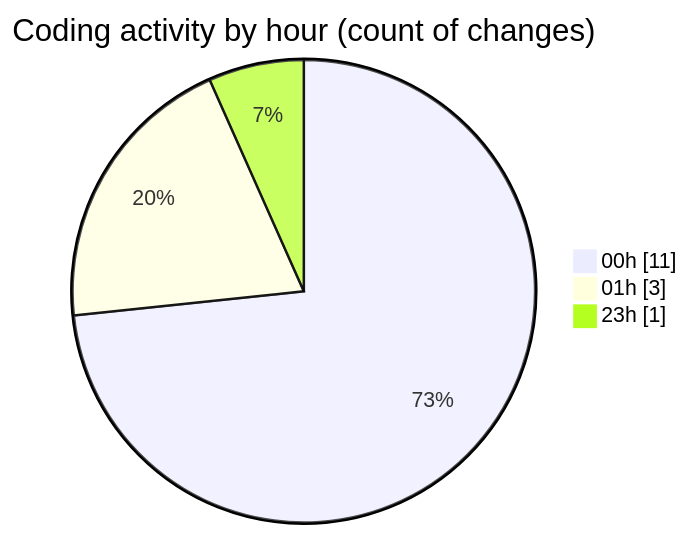
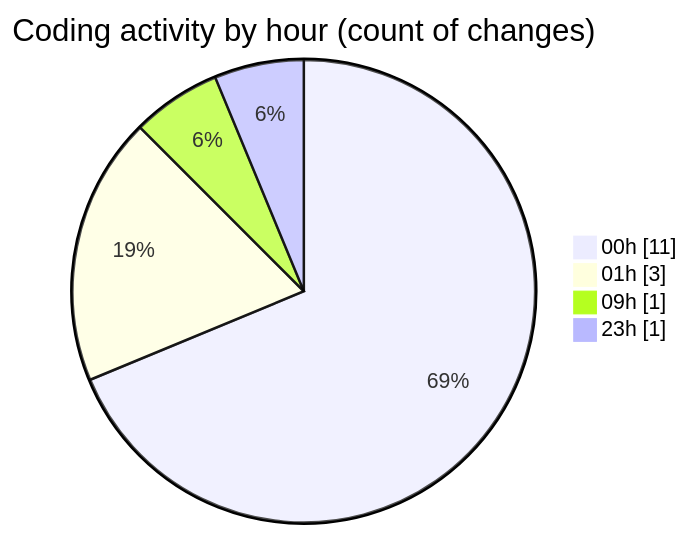
The second of 2 diagrams in 2025-10-17/eventscop-frontend-guide__workspace_/README.md (julien-gomy/code-tracking), drawn with Mermaid before and after one commit. The commit also changed other lines of this file and 1 other file, not shown here.

````diff
--- a/2025-10-17/eventscop-frontend-guide__workspace_/README.md
+++ b/2025-10-17/eventscop-frontend-guide__workspace_/README.md
@@ -32,7 +34,8 @@
 ```mermaid
 pie showData
 title Coding activity by hour (count of changes)
 "00h" : 11
 "01h" : 3
+"09h" : 1
 "23h" : 1
 ```
````
